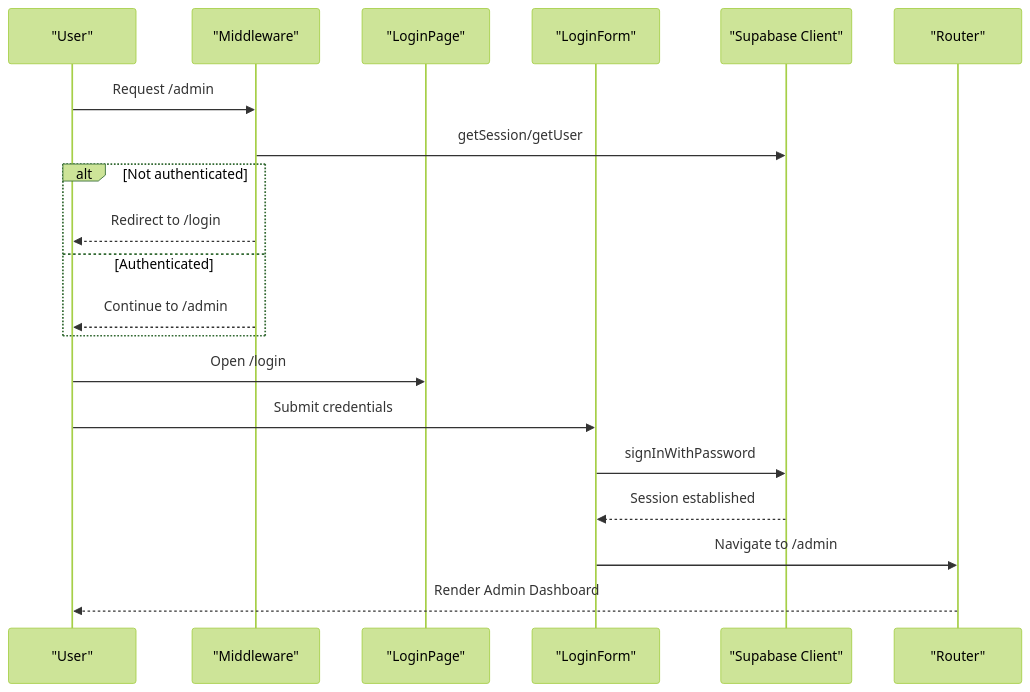
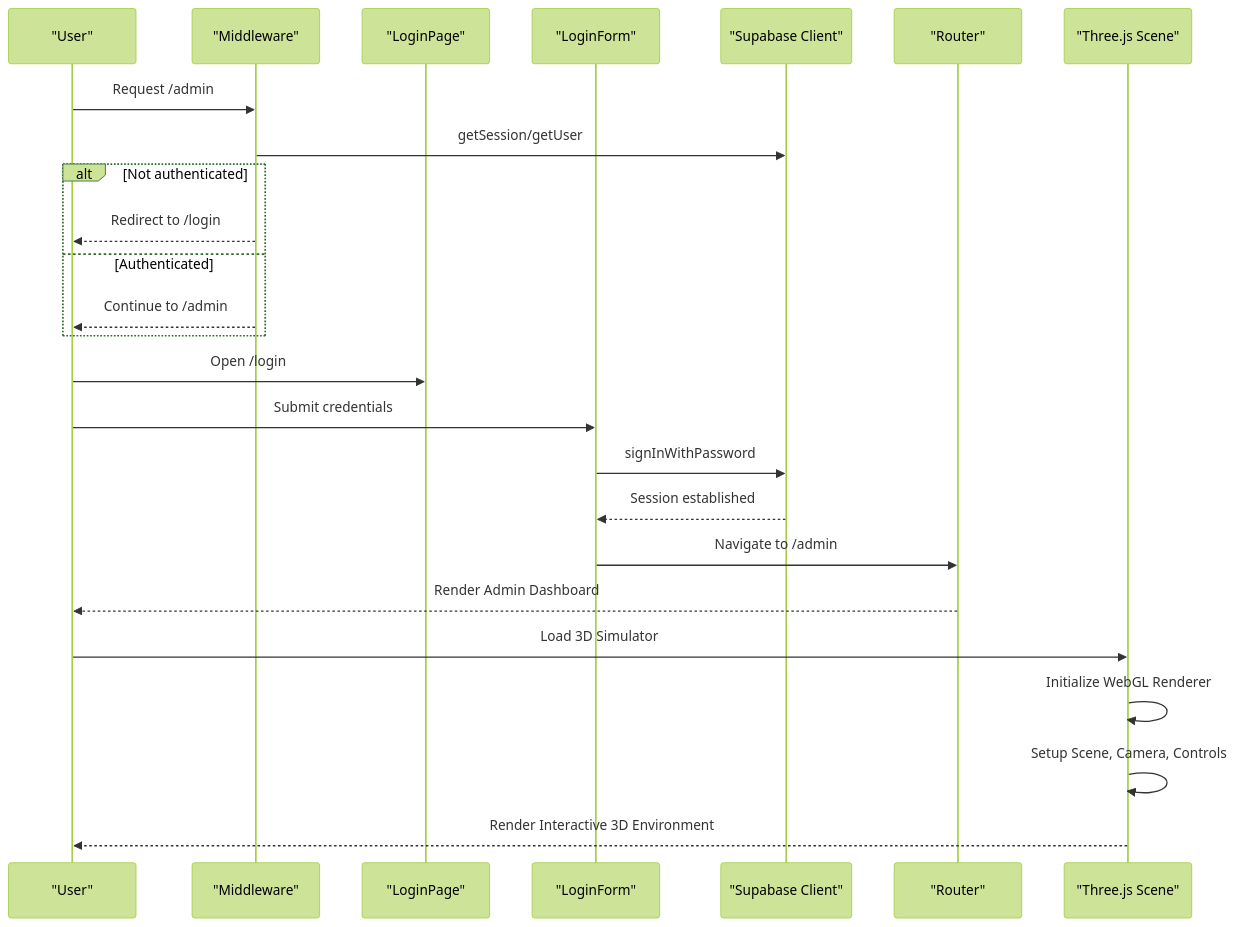
The second of 9 diagrams in .qoder/repowiki/en/content/Core Services & Business Logic/3D Cockpit Simulation.md (AgusCatra/simu-twin-web), drawn with Mermaid (forest theme) before and after one commit. The commit also changed other lines of this file and 18 other files, not shown here.

Commit message:
docs: add repowiki documentation for the Galpón SCADA Simulator Digital Twin and architecture design

````diff
--- a/.qoder/repowiki/en/content/Core Services & Business Logic/3D Cockpit Simulation.md
+++ b/.qoder/repowiki/en/content/Core Services & Business Logic/3D Cockpit Simulation.md
@@ -97,22 +118,27 @@
 ```mermaid
 sequenceDiagram
 participant U as "User"
 participant M as "Middleware"
 participant L as "LoginPage"
 participant F as "LoginForm"
 participant S as "Supabase Client"
 participant R as "Router"
+participant T as "Three.js Scene"
 U->>M : Request /admin
 M->>S : getSession/getUser
 alt Not authenticated
 M-->>U : Redirect to /login
 else Authenticated
 M-->>U : Continue to /admin
 end
 U->>L : Open /login
 U->>F : Submit credentials
 F->>S : signInWithPassword
 S-->>F : Session established
 F->>R : Navigate to /admin
 R-->>U : Render Admin Dashboard
+U->>T : Load 3D Simulator
+T->>T : Initialize WebGL Renderer
+T->>T : Setup Scene, Camera, Controls
+T-->>U : Render Interactive 3D Environment
 ```
````
